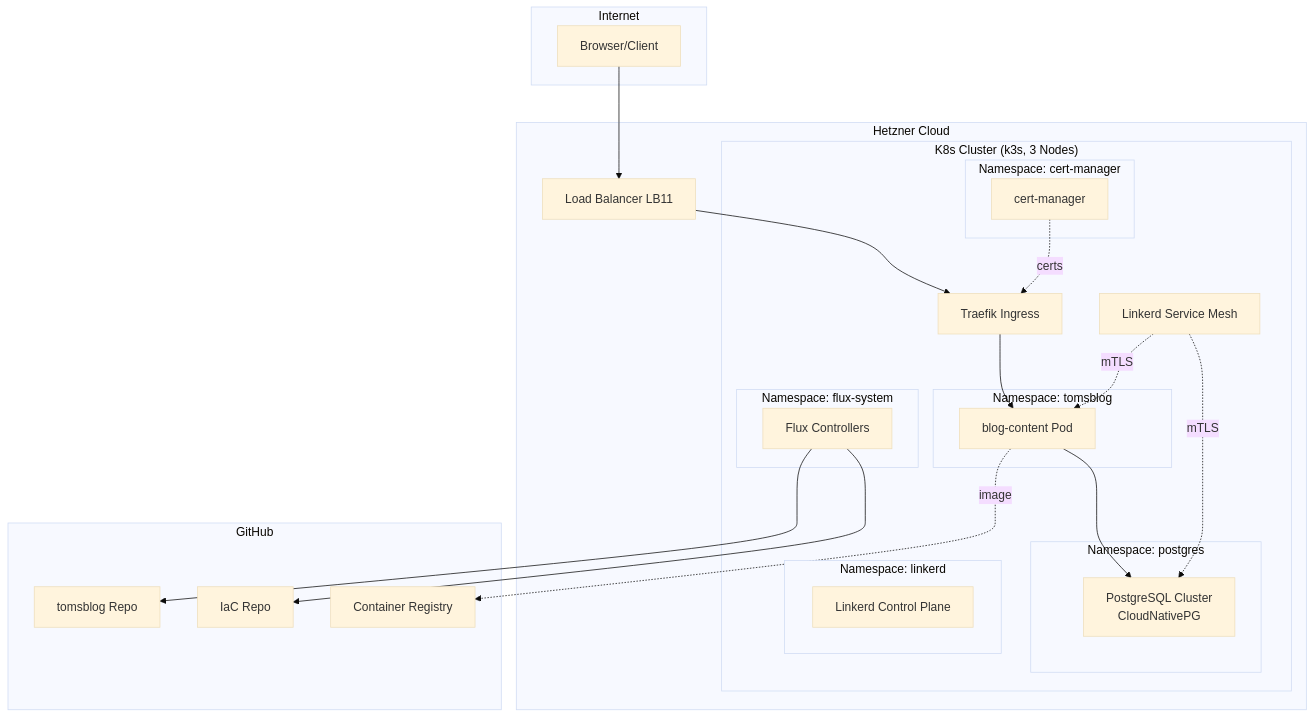
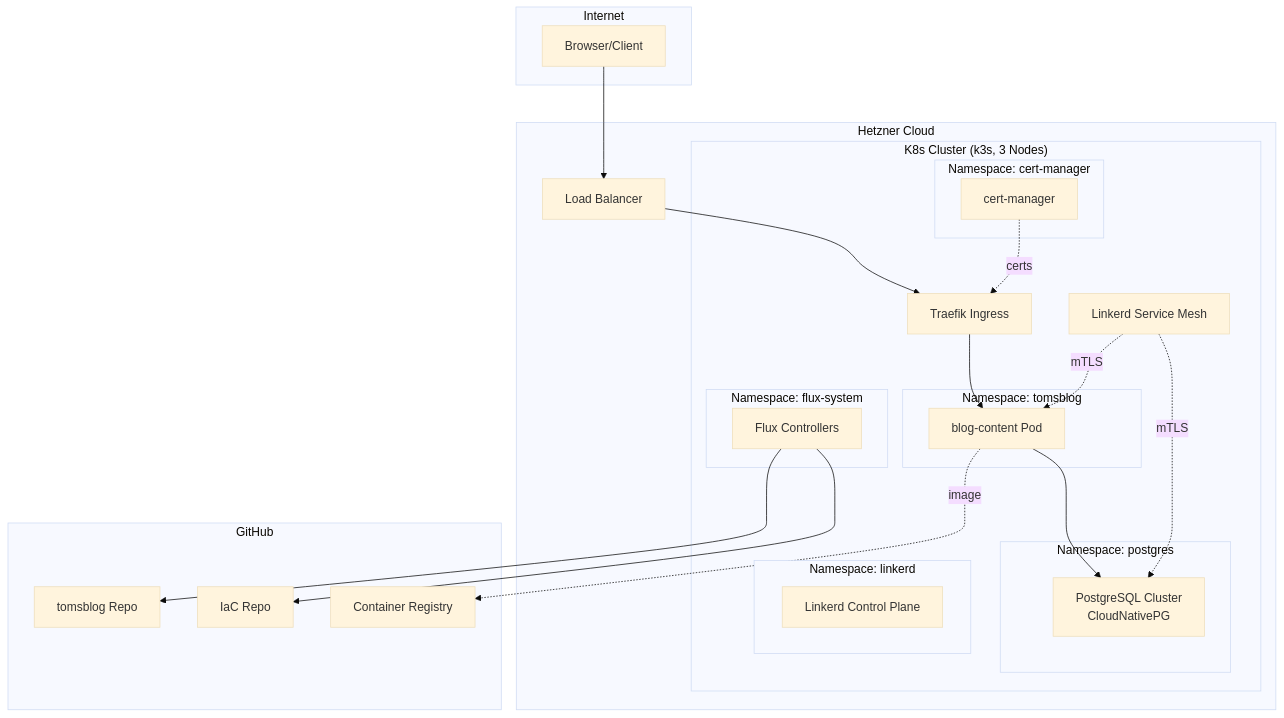
The diagram in docs/infra/modules/ROOT/pages/index.adoc (tomirgang/tomsblog), drawn with Mermaid (base theme) before and after one commit. The commit also changed 13 other files, not shown here.

```diff
--- a/docs/infra/modules/ROOT/pages/index.adoc
+++ b/docs/infra/modules/ROOT/pages/index.adoc
@@ -30,47 +30,47 @@
 [mermaid]
 ----
 graph TB
     subgraph Internet
         USER[Browser/Client]
     end
 
     subgraph "Hetzner Cloud"
-        LB[Load Balancer LB11]
+        LB[Load Balancer]
         subgraph "K8s Cluster (k3s, 3 Nodes)"
             TRAEFIK[Traefik Ingress]
             LINKERD[Linkerd Service Mesh]
             subgraph "Namespace: tomsblog"
                 BC[blog-content Pod]
             end
             subgraph "Namespace: postgres"
                 PG[PostgreSQL Cluster<br/>CloudNativePG]
             end
             subgraph "Namespace: flux-system"
                 FLUX[Flux Controllers]
             end
             subgraph "Namespace: cert-manager"
                 CM[cert-manager]
             end
             subgraph "Namespace: linkerd"
                 LI[Linkerd Control Plane]
             end
         end
     end
 
     subgraph "GitHub"
         REPO_APP[tomsblog Repo]
         REPO_IAC[IaC Repo]
         GHCR[Container Registry]
     end
 
     USER --> LB
     LB --> TRAEFIK
     TRAEFIK --> BC
     BC --> PG
     LINKERD -.mTLS.-> BC
     LINKERD -.mTLS.-> PG
     FLUX --> REPO_APP
     FLUX --> REPO_IAC
     BC -.image.-> GHCR
     CM -.certs.-> TRAEFIK
 ----
```
